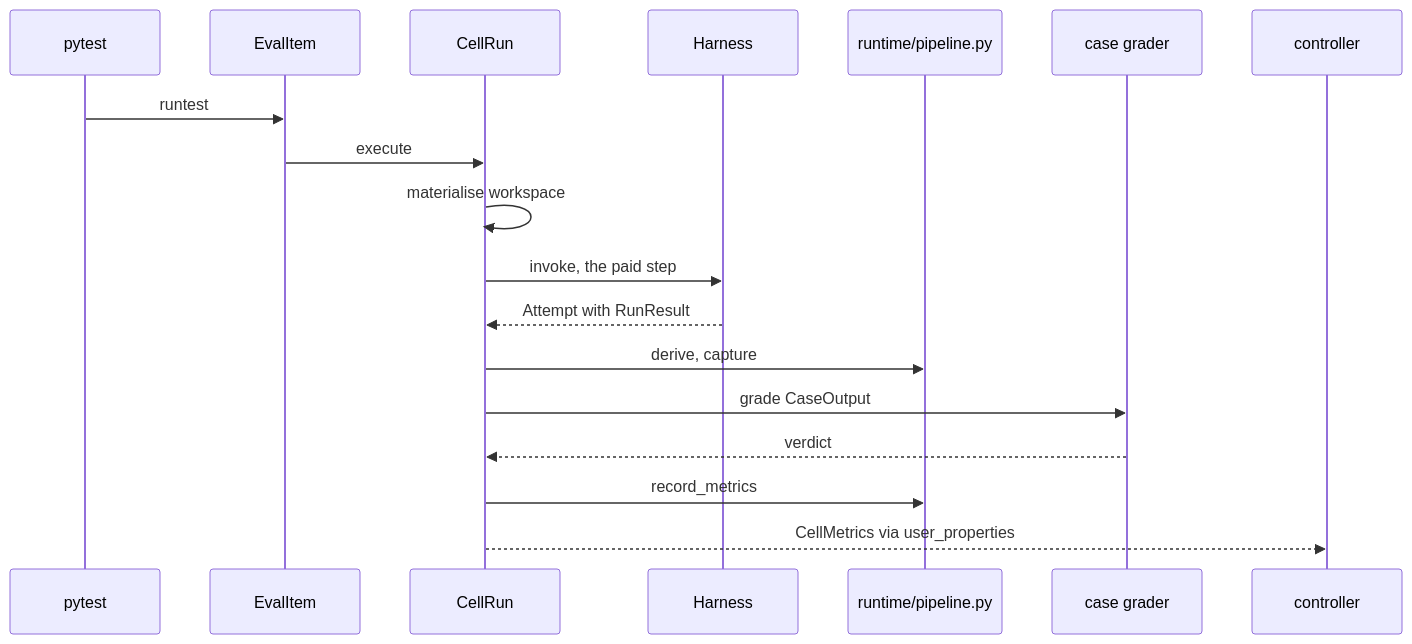
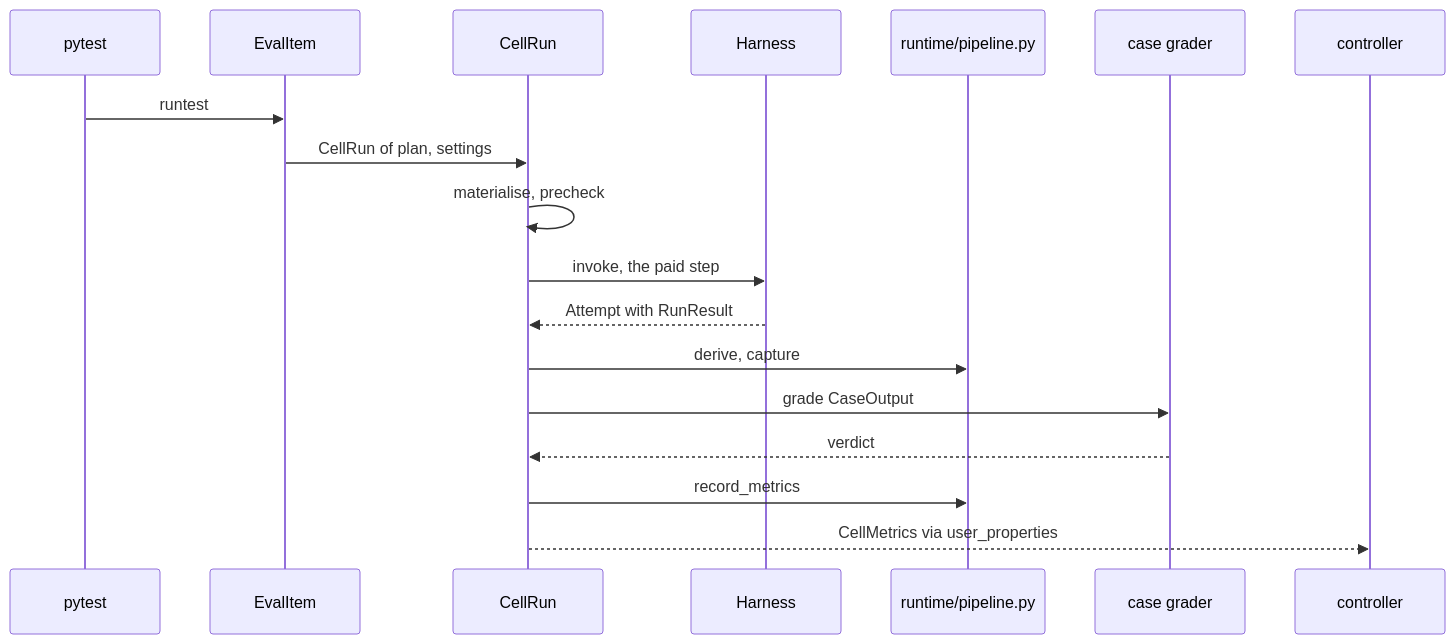
The seventh of 39 diagrams in ARCHITECTURE.md (neozenith/pytest-xharness-eval), drawn with Mermaid before and after one commit. The commit also changed other lines of this file and 1 other file, not shown here.

First line of the commit message:
docs: ARCHITECTURE.md refreshed for the wired Analyzer, CellPlan and ADR 0076 names

````diff
--- a/ARCHITECTURE.md
+++ b/ARCHITECTURE.md
@@ -419,21 +428,21 @@
 ```mermaid
 sequenceDiagram
     participant PY as pytest
     participant IT as EvalItem
     participant RUN as CellRun
     participant H as Harness
     participant PL as runtime/pipeline.py
     participant G as case grader
     participant C as controller
 
     PY->>IT: runtest
-    IT->>RUN: execute
-    RUN->>RUN: materialise workspace
+    IT->>RUN: CellRun of plan, settings
+    RUN->>RUN: materialise, precheck
     RUN->>H: invoke, the paid step
     H-->>RUN: Attempt with RunResult
     RUN->>PL: derive, capture
     RUN->>G: grade CaseOutput
     G-->>RUN: verdict
     RUN->>PL: record_metrics
     RUN-->>C: CellMetrics via user_properties
 ```
````
